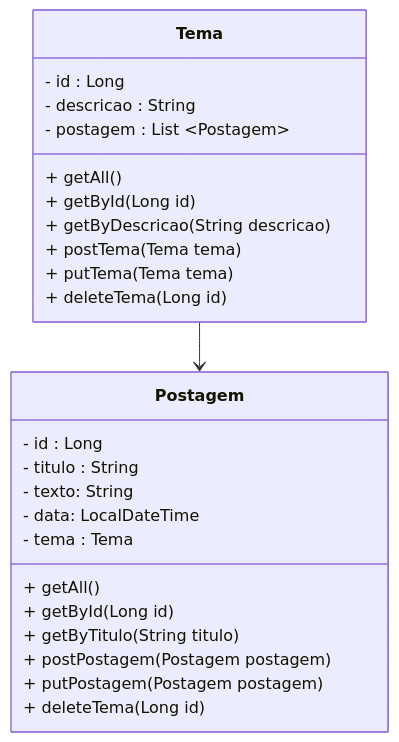
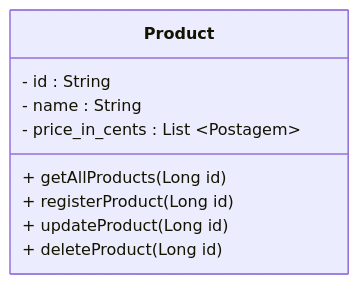
Before and after one commit to renatonunes74/foodminder: the first of 2 diagrams in README.md, drawn with Mermaid. The commit also changed other lines of this file and 12 other files, not shown here.

````diff
--- a/README.md
+++ b/README.md
@@ -59,28 +74,12 @@
 ```mermaid
 classDiagram
-class Tema {
-  - id : Long
-  - descricao : String
-  - postagem : List ~Postagem~
-  + getAll()
-  + getById(Long id)
-  + getByDescricao(String descricao)
-  + postTema(Tema tema)
-  + putTema(Tema tema)
-  + deleteTema(Long id)
+class Product {
+  - id : String
+  - name : String
+  - price_in_cents : List ~Postagem~
+  + getAllProducts(Long id)
+  + registerProduct(Long id)
+  + updateProduct(Long id)
+  + deleteProduct(Long id)
 }
-class Postagem {
-  - id : Long
-  - titulo : String
-  - texto: String
-  - data: LocalDateTime
-  - tema : Tema
-  + getAll()
-  + getById(Long id)
-  + getByTitulo(String titulo)
-  + postPostagem(Postagem postagem)
-  + putPostagem(Postagem postagem)
-  + deleteTema(Long id)
-}
-Tema --> Postagem
 ```
````
